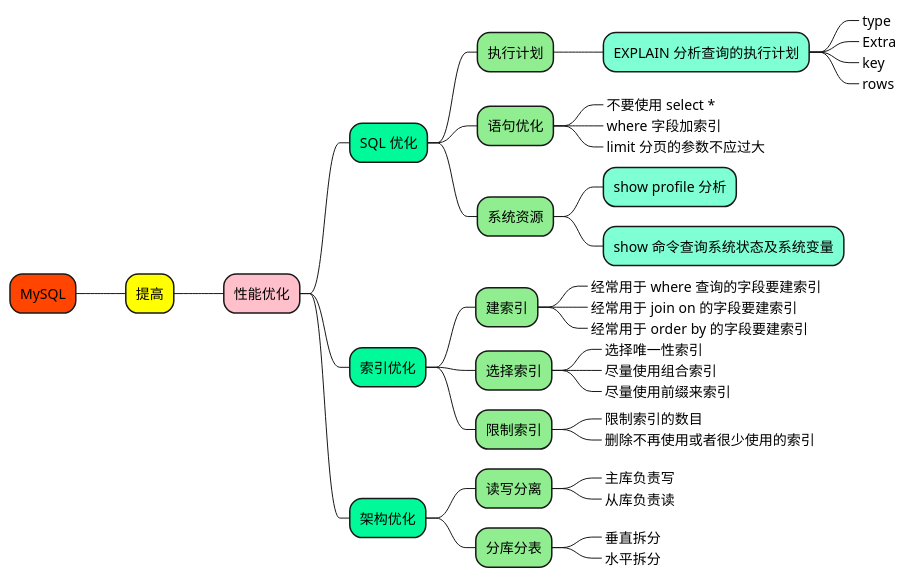
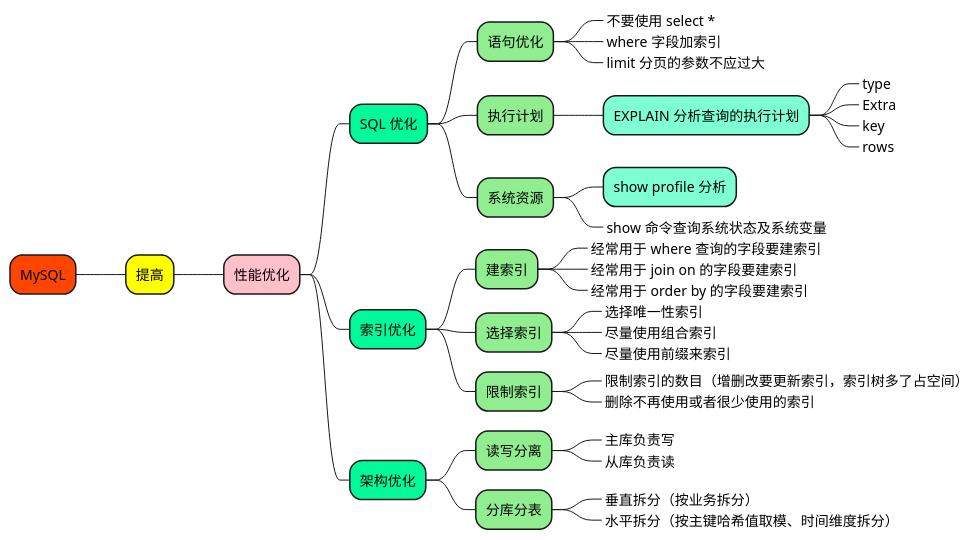
The diagram in 1_map/database/MySQL-提高.puml (doveg/self-cultivation-of-a-software-engineer), drawn with PlantUML before and after one commit. The commit also changed 19 other files, not shown here.

```diff
--- a/1_map/database/MySQL-提高.puml
+++ b/1_map/database/MySQL-提高.puml
@@ -1,52 +1,55 @@
 @startmindmap
 
 +[#OrangeRed] MySQL
 
 ++[#yellow] 提高
 
 +++[#Pink] 性能优化
 
 ++++[#MediumSpringGreen] SQL 优化
++++++[#LightGreen] 语句优化
+++++++[#LightBlue]_ 不要使用 select *
+++++++[#LightBlue]_ where 字段加索引
+++++++[#LightBlue]_ limit 分页的参数不应过大
 
 +++++[#LightGreen] 执行计划
 ++++++[#Aquamarine] EXPLAIN 分析查询的执行计划
 +++++++[#Aquamarine]_ type
 +++++++[#Aquamarine]_ Extra
 +++++++[#Aquamarine]_ key
 +++++++[#Aquamarine]_ rows
 
-+++++[#LightGreen] 语句优化
-++++++[#LightBlue]_ 不要使用 select *
-++++++[#LightBlue]_ where 字段加索引
-++++++[#LightBlue]_ limit 分页的参数不应过大
-
 +++++[#LightGreen] 系统资源
 ++++++[#Aquamarine] show profile 分析
-++++++[#Aquamarine] show 命令查询系统状态及系统变量
+++++++[#Aquamarine]_ show 命令查询系统状态及系统变量
+
 
 ++++[#MediumSpringGreen] 索引优化
+
 +++++[#LightGreen] 建索引
 ++++++[#Aquamarine]_ 经常用于 where 查询的字段要建索引
 ++++++[#Aquamarine]_ 经常用于 join on 的字段要建索引
 ++++++[#Aquamarine]_ 经常用于 order by 的字段要建索引
+
 +++++[#LightGreen] 选择索引
 ++++++[#Aquamarine]_ 选择唯一性索引
 ++++++[#Aquamarine]_ 尽量使用组合索引
 ++++++[#Aquamarine]_ 尽量使用前缀来索引
+
 +++++[#LightGreen] 限制索引
-++++++[#Aquamarine]_ 限制索引的数目
+++++++[#Aquamarine]_ 限制索引的数目（增删改要更新索引，索引树多了占空间）
 ++++++[#Aquamarine]_ 删除不再使用或者很少使用的索引
 
 
 ++++[#MediumSpringGreen] 架构优化
 
 +++++[#LightGreen] 读写分离
 ++++++[#Aquamarine]_ 主库负责写
 ++++++[#Aquamarine]_ 从库负责读
 
 +++++[#LightGreen] 分库分表
-++++++[#Aquamarine]_ 垂直拆分
-++++++[#Aquamarine]_ 水平拆分
+++++++[#Aquamarine]_ 垂直拆分（按业务拆分）
+++++++[#Aquamarine]_ 水平拆分（按主键哈希值取模、时间维度拆分）
 
 
 @endmindmap
```
